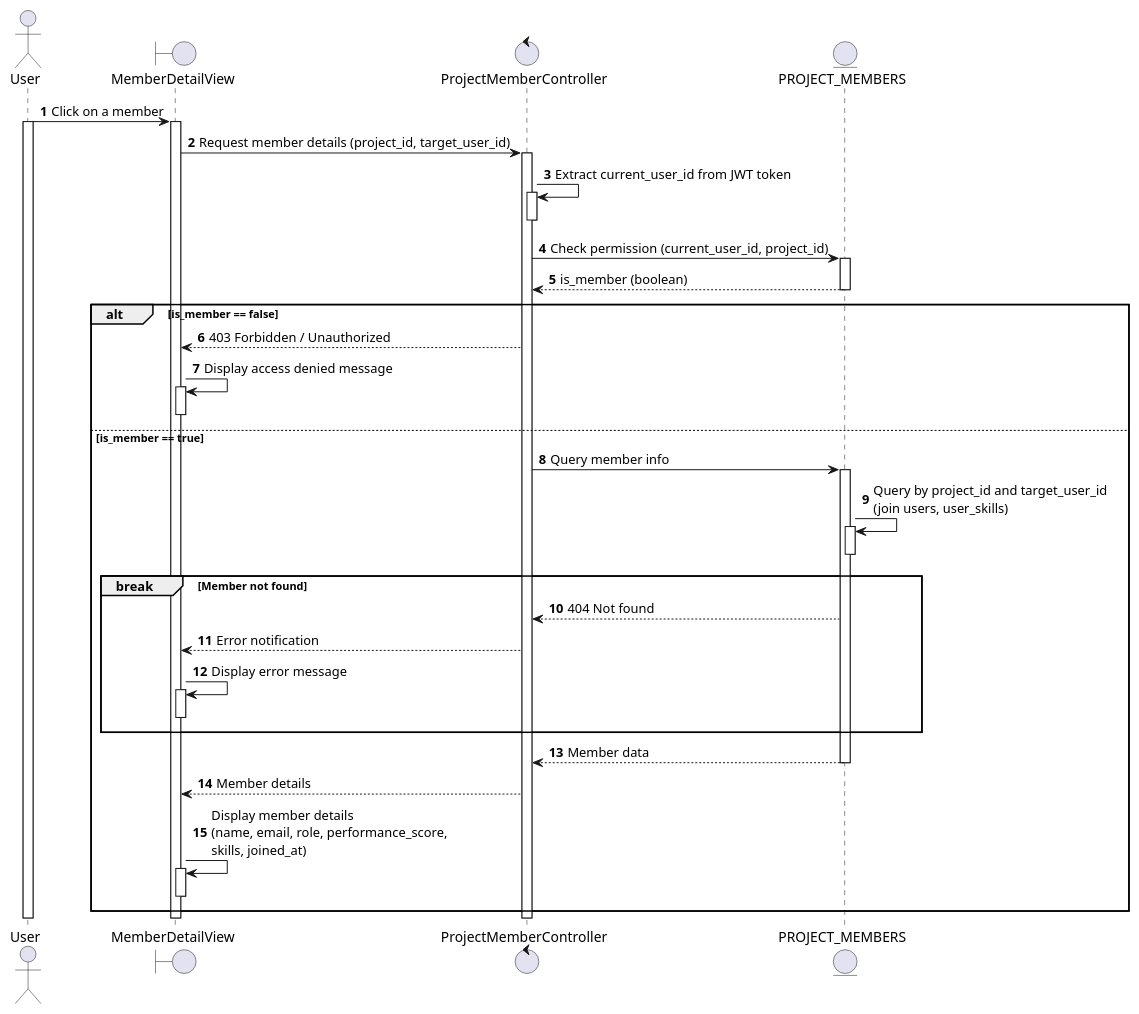
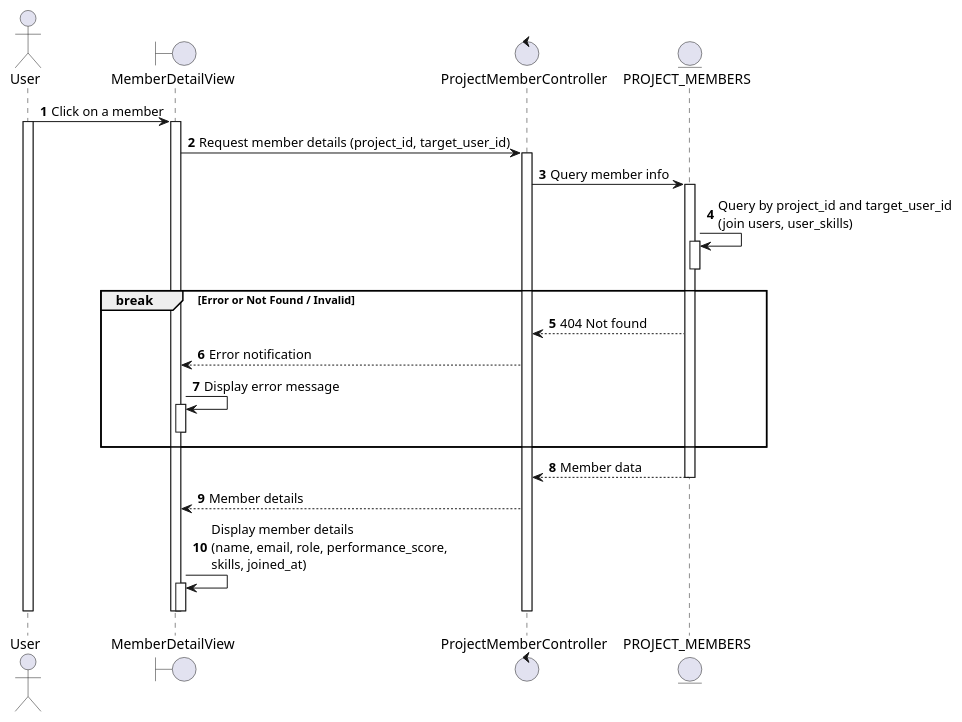
The diagram in docs/docs/sequence/project-members/view-member-details.md (taskpilot-platform/taskpilot-platform.github.io), drawn with PlantUML before and after one commit. The commit also changed 65 other files, not shown here.

Commit message:
docs: Add new sequence diagrams for various platform functionalities including project, task, sprint, user, and AI assistant management.

````diff
--- a/docs/docs/sequence/project-members/view-member-details.md
+++ b/docs/docs/sequence/project-members/view-member-details.md
@@ -3,62 +3,46 @@
 ```plantuml
 @startuml
 autonumber
 
 actor User as U
 boundary MemberDetailView as MDV
 control ProjectMemberController as PMC
 entity PROJECT_MEMBERS as PM
 
 U -> MDV: Click on a member
 activate U
 activate MDV
 
 MDV -> PMC: Request member details (project_id, target_user_id)
 activate PMC
 
-PMC -> PMC: Extract current_user_id from JWT token
-activate PMC
-deactivate PMC
-
-PMC -> PM: Check permission (current_user_id, project_id)
+PMC -> PM: Query member info
 activate PM
-PMC <-- PM: is_member (boolean)
+PM -> PM: Query by project_id and target_user_id\n(join users, user_skills)
+activate PM
 deactivate PM
 
-alt is_member == false
-    MDV <-- PMC: 403 Forbidden / Unauthorized
-    MDV -> MDV: Display access denied message
-    activate MDV
-    deactivate MDV
-else is_member == true
-    PMC -> PM: Query member info
-    activate PM
-    PM -> PM: Query by project_id and target_user_id\n(join users, user_skills)
-    activate PM
-    deactivate PM
-
-    break Member not found
-        PMC <-- PM: 404 Not found
-        MDV <-- PMC: Error notification
-        MDV -> MDV: Display error message
-        activate MDV
-        deactivate MDV
-    end
-
-    PMC <-- PM: Member data
-    deactivate PM
-    MDV <-- PMC: Member details
-    
-    MDV -> MDV: Display member details\n(name, email, role, performance_score,\nskills, joined_at)
+break Error or Not Found / Invalid
+    PMC <-- PM: 404 Not found
+    MDV <-- PMC: Error notification
+    MDV -> MDV: Display error message
     activate MDV
     deactivate MDV
 end
+
+PMC <-- PM: Member data
+deactivate PM
+MDV <-- PMC: Member details
+
+MDV -> MDV: Display member details\n(name, email, role, performance_score,\nskills, joined_at)
+activate MDV
+deactivate MDV
 
 deactivate PMC
 deactivate MDV
 deactivate U
 
 @enduml
 
 @enduml
 ```
````
